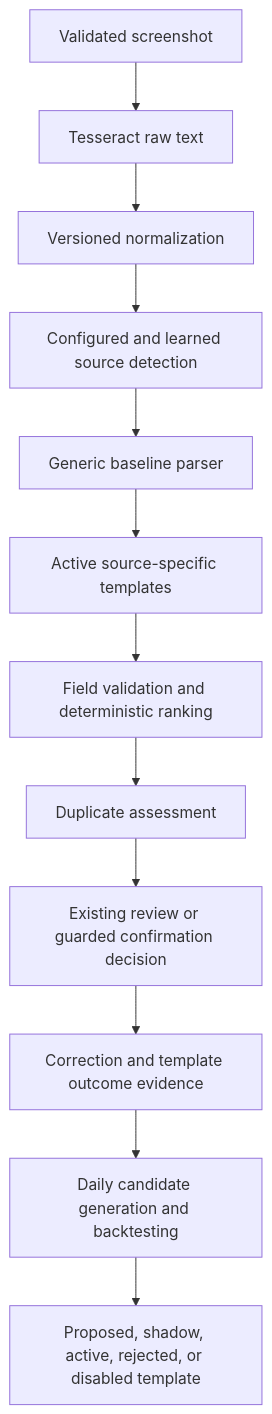
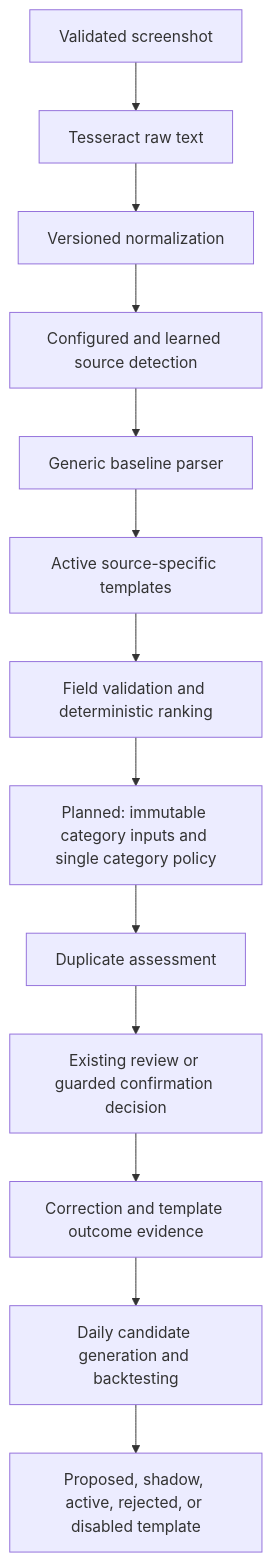
The first of 2 diagrams in document/prd/PRD_010.md (Kirbyyy81/idea-dump), drawn with Mermaid before and after one commit. The commit also changed other lines of this file, not shown here.

Commit message:
chore: update category learning prd

````diff
--- a/document/prd/PRD_010.md
+++ b/document/prd/PRD_010.md
@@ -508,14 +596,15 @@
 ```mermaid
 flowchart TD
     A["Validated screenshot"] --> B["Tesseract raw text"]
     B --> C["Versioned normalization"]
     C --> D["Configured and learned source detection"]
     D --> E["Generic baseline parser"]
     E --> F["Active source-specific templates"]
     F --> G["Field validation and deterministic ranking"]
-    G --> H["Duplicate assessment"]
+    G --> M["Planned: immutable category inputs and single category policy"]
+    M --> H["Duplicate assessment"]
     H --> I["Existing review or guarded confirmation decision"]
     I --> J["Correction and template outcome evidence"]
     J --> K["Daily candidate generation and backtesting"]
     K --> L["Proposed, shadow, active, rejected, or disabled template"]
 ```
````
